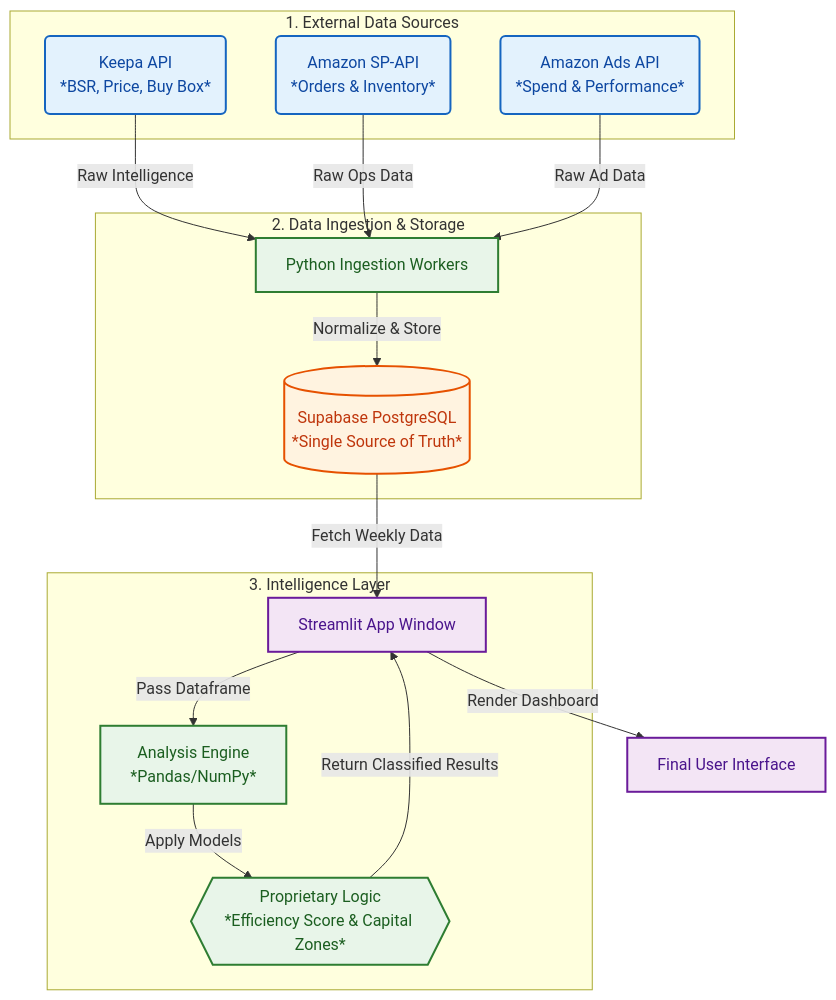
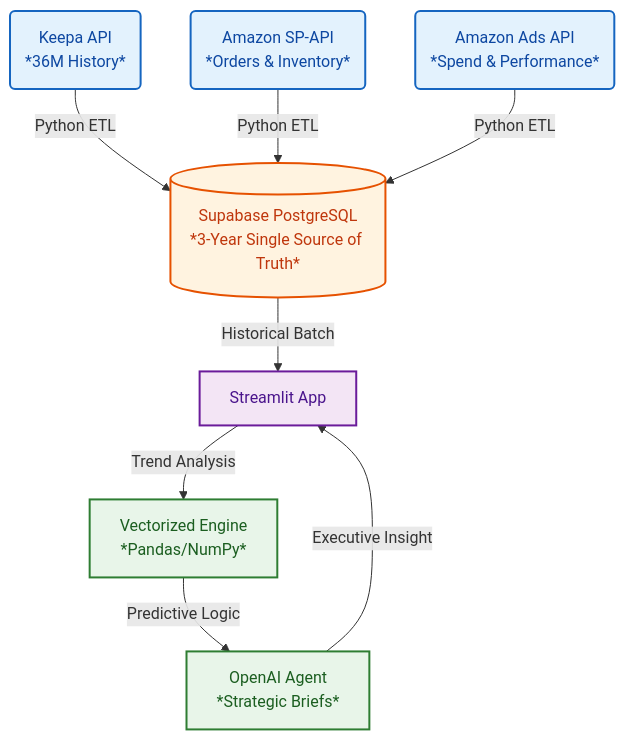
The diagram in README.md (jshuck0/ShelfGuard), drawn with Mermaid before and after one commit. The commit also changed other lines of this file, not shown here.

````diff
--- a/README.md
+++ b/README.md
@@ -88,38 +84,26 @@
 ```mermaid
 graph TD
     %% --- STYLING ---
     classDef source fill:#e3f2fd,stroke:#1565c0,stroke-width:2px,color:#0d47a1;
     classDef process fill:#e8f5e9,stroke:#2e7d32,stroke-width:2px,color:#1b5e20;
     classDef storage fill:#fff3e0,stroke:#e65100,stroke-width:2px,color:#bf360c;
     classDef ui fill:#f3e5f5,stroke:#6a1b9a,stroke-width:2px,color:#4a148c;
 
     %% --- NODES ---
-    subgraph "1. External Data Sources"
-        K(Keepa API<br/>*BSR, Price, Buy Box*):::source
-        SP(Amazon SP-API<br/>*Orders & Inventory*):::source
-        AD(Amazon Ads API<br/>*Spend & Performance*):::source
-    end
+    K(Keepa API<br/>*36M History*):::source
+    SP(Amazon SP-API<br/>*Orders & Inventory*):::source
+    AD(Amazon Ads API<br/>*Spend & Performance*):::source
 
-    subgraph "2. Data Ingestion & Storage"
-        PY[Python Ingestion Workers]:::process
-        DB[(Supabase PostgreSQL<br/>*Single Source of Truth*)]:::storage
-    end
+    DB[(Supabase PostgreSQL<br/>*3-Year Single Source of Truth*)]:::storage
 
-    subgraph "3. Intelligence Layer"
-        ST[Streamlit App Window]:::ui
-        ENG[Analysis Engine<br/>*Pandas/NumPy*]:::process
-        LOGIC{{Proprietary Logic<br/>*Efficiency Score & Capital Zones*}}:::process
-    end
+    ST[Streamlit App]:::ui
+    ENG[Vectorized Engine<br/>*Pandas/NumPy*]:::process
+    AI[OpenAI Agent<br/>*Strategic Briefs*]:::process
 
     %% --- FLOWS ---
-    K -->|Raw Intelligence| PY
-    SP -->|Raw Ops Data| PY
-    AD -->|Raw Ad Data| PY
-    PY -->|Normalize & Store| DB
-
-    DB -->|Fetch Weekly Data| ST
-    ST -->|Pass Dataframe| ENG
-    ENG -->|Apply Models| LOGIC
-    LOGIC -->|Return Classified Results| ST
-    ST -->|Render Dashboard| UI[Final User Interface]:::ui
+    K & SP & AD -->|Python ETL| DB
+    DB -->|Historical Batch| ST
+    ST -->|Trend Analysis| ENG
+    ENG -->|Predictive Logic| AI
+    AI -->|Executive Insight| ST
 ```
````
